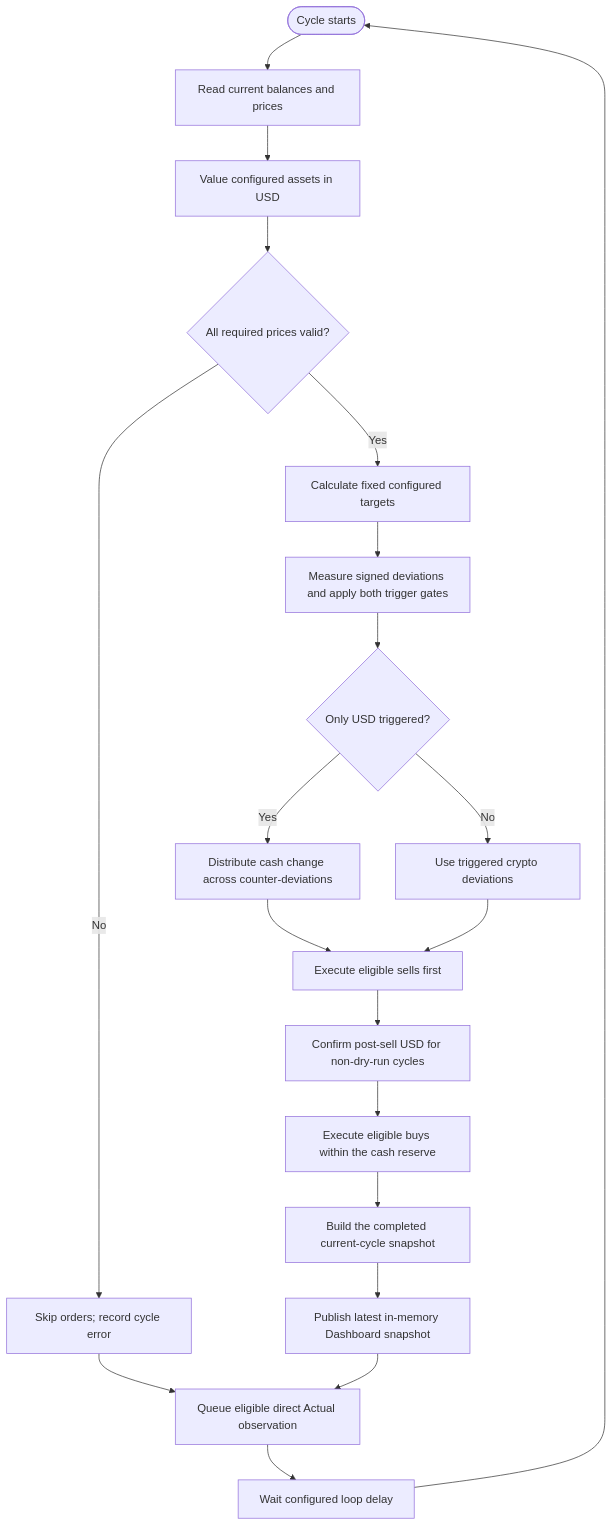
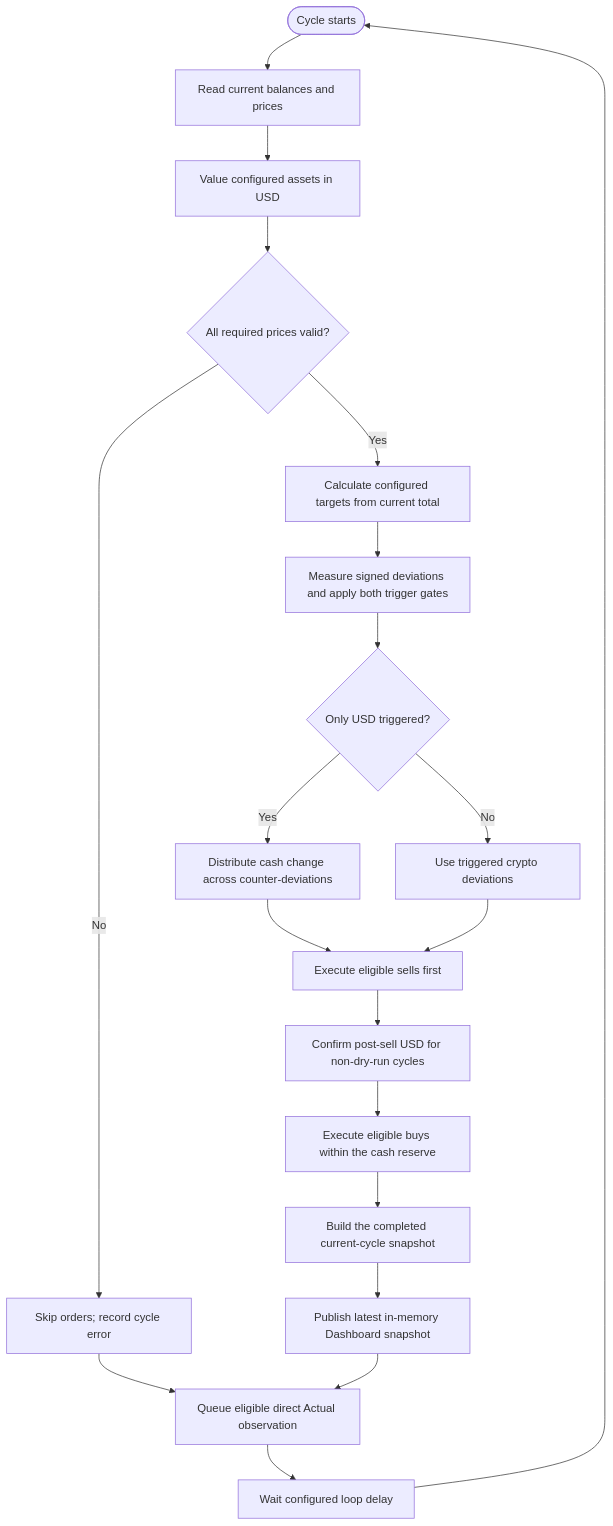
The diagram in docs/ALGORITHM.md (HyperVon/new-kraken-rebalancer), drawn with Mermaid before and after one commit. The commit also changed other lines of this file and 46 other files, not shown here.

````diff
--- a/docs/ALGORITHM.md
+++ b/docs/ALGORITHM.md
@@ -11,22 +12,22 @@
 ```mermaid
 flowchart TD
     START([Cycle starts]) --> BAL[Read current balances and prices]
     BAL --> VALUE[Value configured assets in USD]
     VALUE --> VALID{All required prices valid?}
     VALID -- No --> STOP["Skip orders; record cycle error"]
-    VALID -- Yes --> TARGET[Calculate fixed configured targets]
+    VALID -- Yes --> TARGET[Calculate configured targets from current total]
     TARGET --> PLAN[Measure signed deviations and apply both trigger gates]
     PLAN --> CORRECT{Only USD triggered?}
     CORRECT -- Yes --> CASH[Distribute cash change across counter-deviations]
     CORRECT -- No --> ORDERS[Use triggered crypto deviations]
     CASH --> SELL[Execute eligible sells first]
     ORDERS --> SELL
     SELL --> SETTLE[Confirm post-sell USD for non-dry-run cycles]
     SETTLE --> BUY[Execute eligible buys within the cash reserve]
     BUY --> SNAP[Build the completed current-cycle snapshot]
     STOP --> ACTUAL[Queue eligible direct Actual observation]
     SNAP --> PUBLISH[Publish latest in-memory Dashboard snapshot]
     PUBLISH --> ACTUAL
     ACTUAL --> WAIT[Wait configured loop delay]
     WAIT --> START
 ```
````
